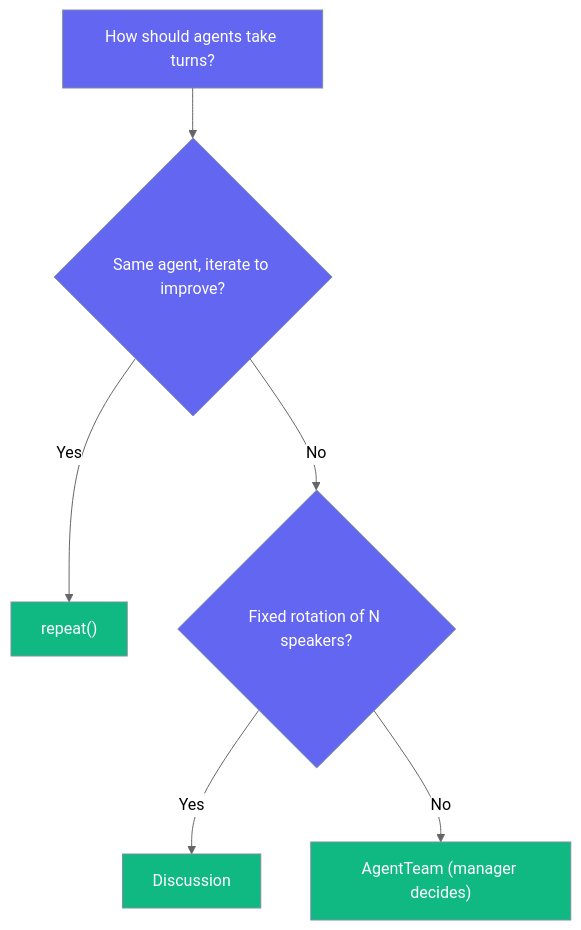
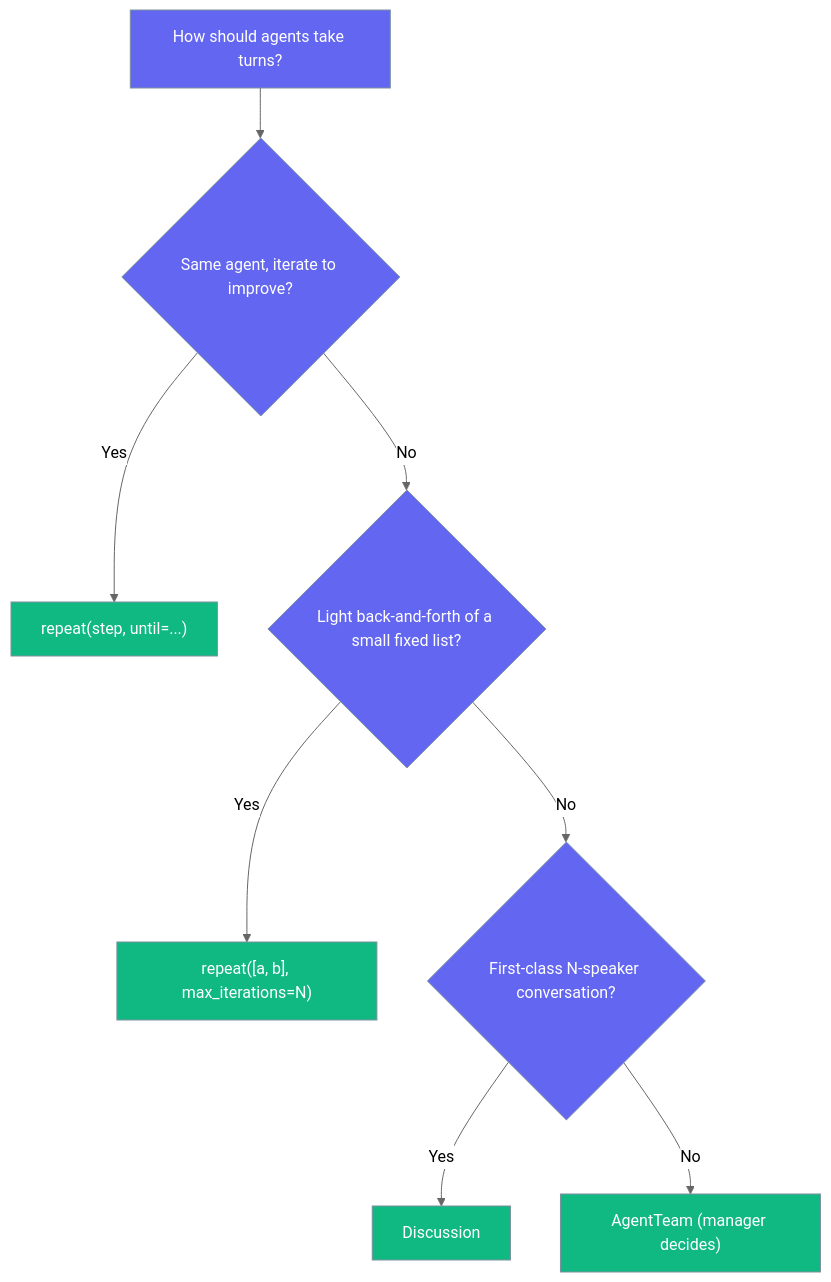
The third of 3 diagrams in docs/features/workflow-discussion.mdx (MervinPraison/PraisonAIDocs), drawn with Mermaid (neutral theme) before and after one commit. The commit also changed other lines of this file and 2 other files, not shown here.

Commit message:
docs: document repeat() accepting a list of steps (fixes #4105)

````diff
--- a/docs/features/workflow-discussion.mdx
+++ b/docs/features/workflow-discussion.mdx
@@ -297,13 +298,15 @@
 ```mermaid
 graph TB
     Q[How should agents take turns?] --> B{Same agent, iterate to improve?}
-    B -->|Yes| R["repeat()"]
-    B -->|No| C{Fixed rotation of N speakers?}
+    B -->|Yes| R["repeat(step, until=...)"]
+    B -->|No| L{Light back-and-forth of a small fixed list?}
+    L -->|Yes| RL["repeat([a, b], max_iterations=N)"]
+    L -->|No| C{First-class N-speaker conversation?}
     C -->|Yes| D["Discussion"]
     C -->|No| E["AgentTeam (manager decides)"]
 
     classDef decision fill:#6366F1,stroke:#7C90A0,color:#fff
     classDef option fill:#10B981,stroke:#7C90A0,color:#fff
-    class Q,B,C decision
-    class R,D,E option
+    class Q,B,L,C decision
+    class R,RL,D,E option
 ```
````
